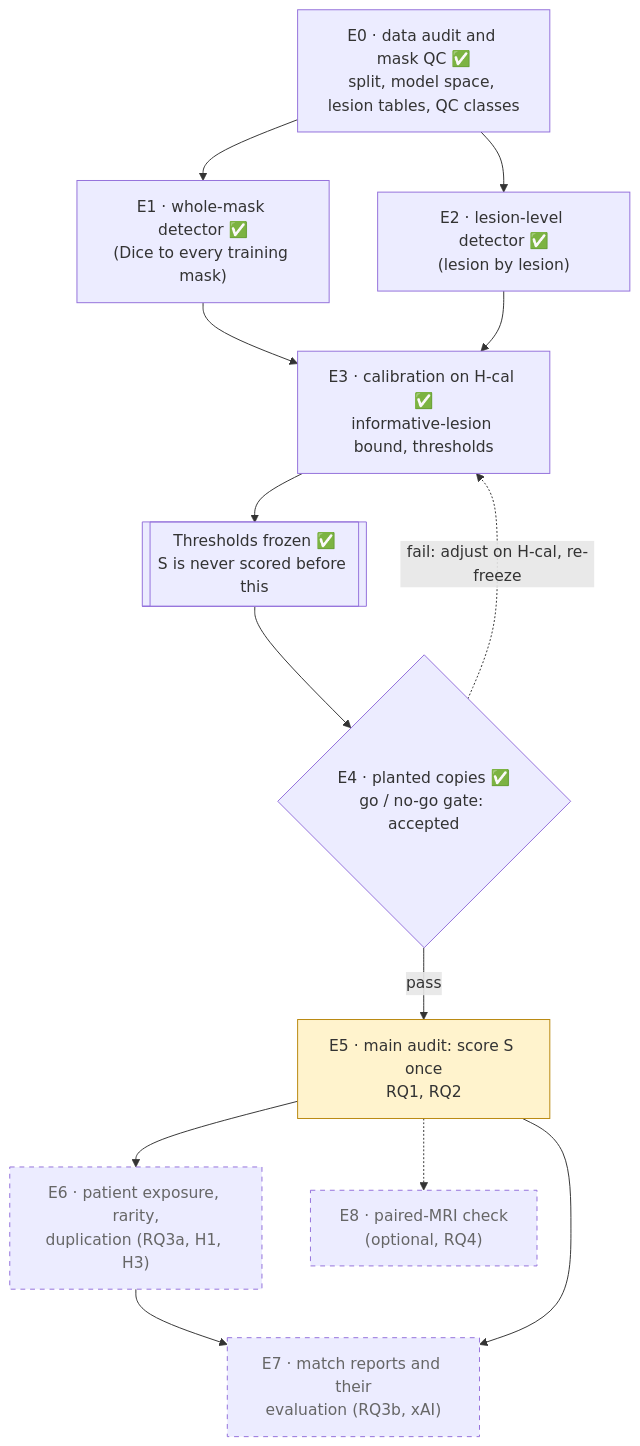
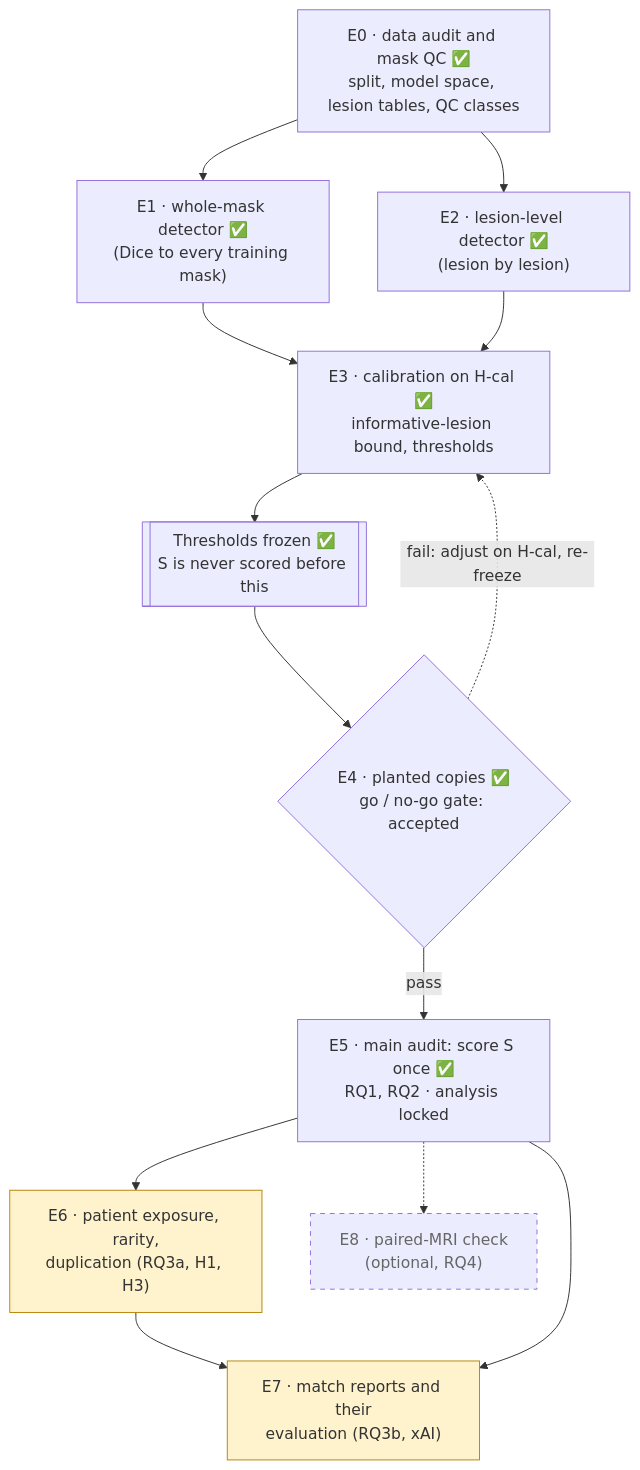
One commit to mattia3003/MT_project changed the first of 2 diagrams in docs/architecture.md. Above: the diagram before and after it, drawn with Mermaid. The commit also changed other lines of this file and 44 other files, not shown here.

````diff
--- a/docs/architecture.md
+++ b/docs/architecture.md
@@ -27,26 +29,26 @@
 ```mermaid
 flowchart TD
     E0["E0 · data audit and mask QC ✅<br/>split, model space, lesion tables, QC classes"]
     E1["E1 · whole-mask detector ✅<br/>(Dice to every training mask)"]
     E2["E2 · lesion-level detector ✅<br/>(lesion by lesion)"]
     E3["E3 · calibration on H-cal ✅<br/>informative-lesion bound, thresholds"]
     FREEZE[["Thresholds frozen ✅<br/>S is never scored before this"]]
     E4{"E4 · planted copies ✅<br/>go / no-go gate: accepted"}
-    E5["E5 · main audit: score S once<br/>RQ1, RQ2"]
+    E5["E5 · main audit: score S once ✅<br/>RQ1, RQ2 · analysis locked"]
     E6["E6 · patient exposure, rarity,<br/>duplication (RQ3a, H1, H3)"]
     E7["E7 · match reports and their<br/>evaluation (RQ3b, xAI)"]
     E8["E8 · paired-MRI check<br/>(optional, RQ4)"]
 
     E0 --> E1 & E2
     E1 & E2 --> E3 --> FREEZE --> E4
     E4 -->|pass| E5
     E4 -.->|"fail: adjust on H-cal, re-freeze"| E3
     E5 --> E6 --> E7
     E5 --> E7
     E5 -.-> E8
 
     classDef next fill:#fff3cd,stroke:#b8860b
     classDef planned stroke-dasharray: 5 5,color:#666
-    class E5 next
-    class E6,E7,E8 planned
+    class E6,E7 next
+    class E8 planned
 ```
````
